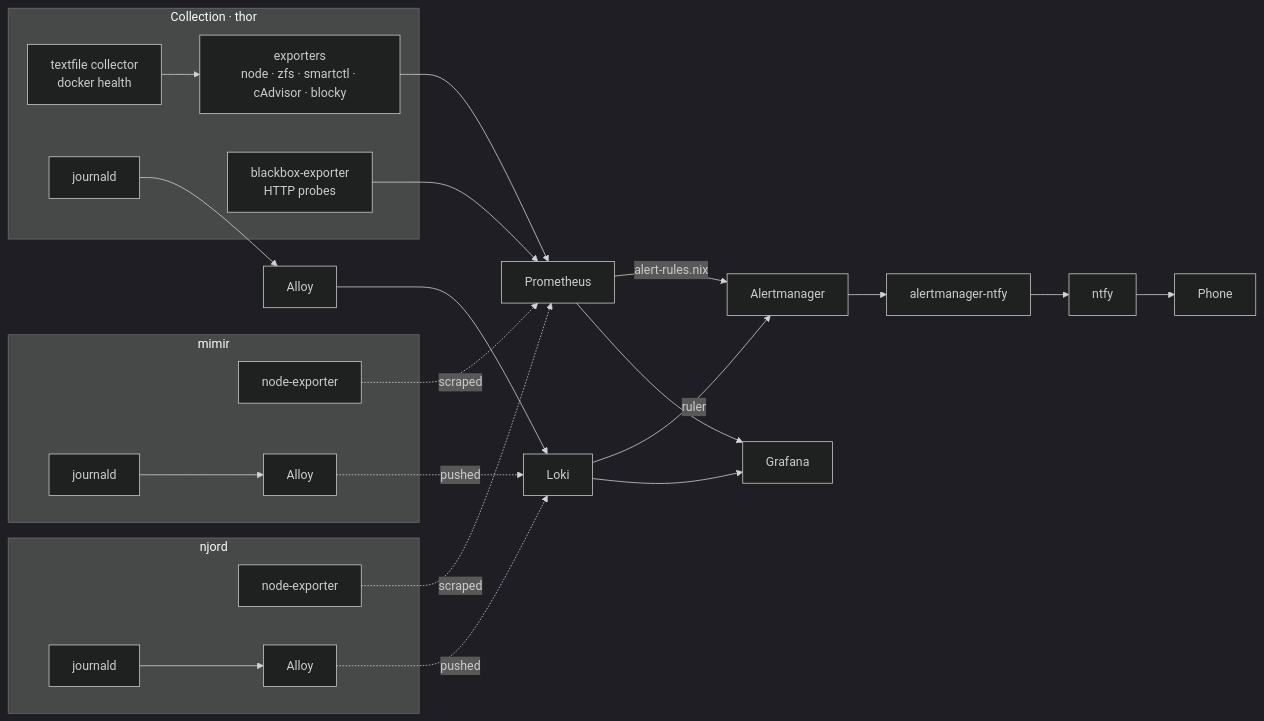
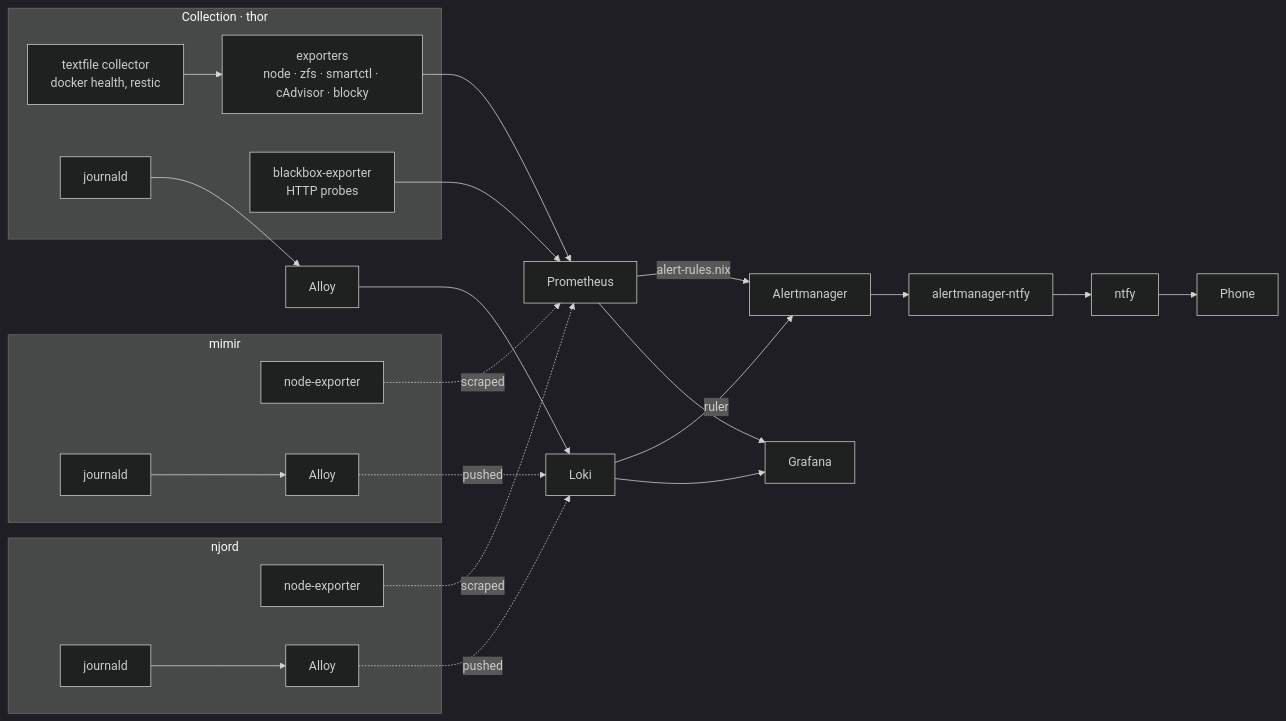
Before and after one commit to edrobertsrayne/nix-config: the diagram in docs/monitoring.md, drawn with Mermaid (dark theme). The commit also changed other lines of this file and 14 other files, not shown here.

````diff
--- a/docs/monitoring.md
+++ b/docs/monitoring.md
@@ -22,35 +22,35 @@
 ```mermaid
 flowchart LR
   subgraph mimir[mimir]
     ME["node-exporter"]
     MJ["journald"] --> MAL["Alloy"]
   end
 
   subgraph njord[njord]
     NE["node-exporter"]
     NJ["journald"] --> NAL["Alloy"]
   end
 
   subgraph collect[Collection · thor]
     E["exporters<br/>node · zfs · smartctl · cAdvisor · blocky"]
-    T["textfile collector<br/>docker health"]
+    T["textfile collector<br/>docker health, restic"]
     B["blackbox-exporter<br/>HTTP probes"]
     J["journald"]
   end
 
   E --> P[Prometheus]
   T --> E
   B --> P
   J --> AL[Alloy] --> L[Loki]
 
   ME -.->|scraped| P
   MAL -.->|pushed| L
   NE -.->|scraped| P
   NAL -.->|pushed| L
 
   P -->|alert-rules.nix| AM[Alertmanager]
   L -->|ruler| AM
   AM --> N[alertmanager-ntfy] --> NT[ntfy] --> Phone
   P --> G[Grafana]
   L --> G
 ```
````
